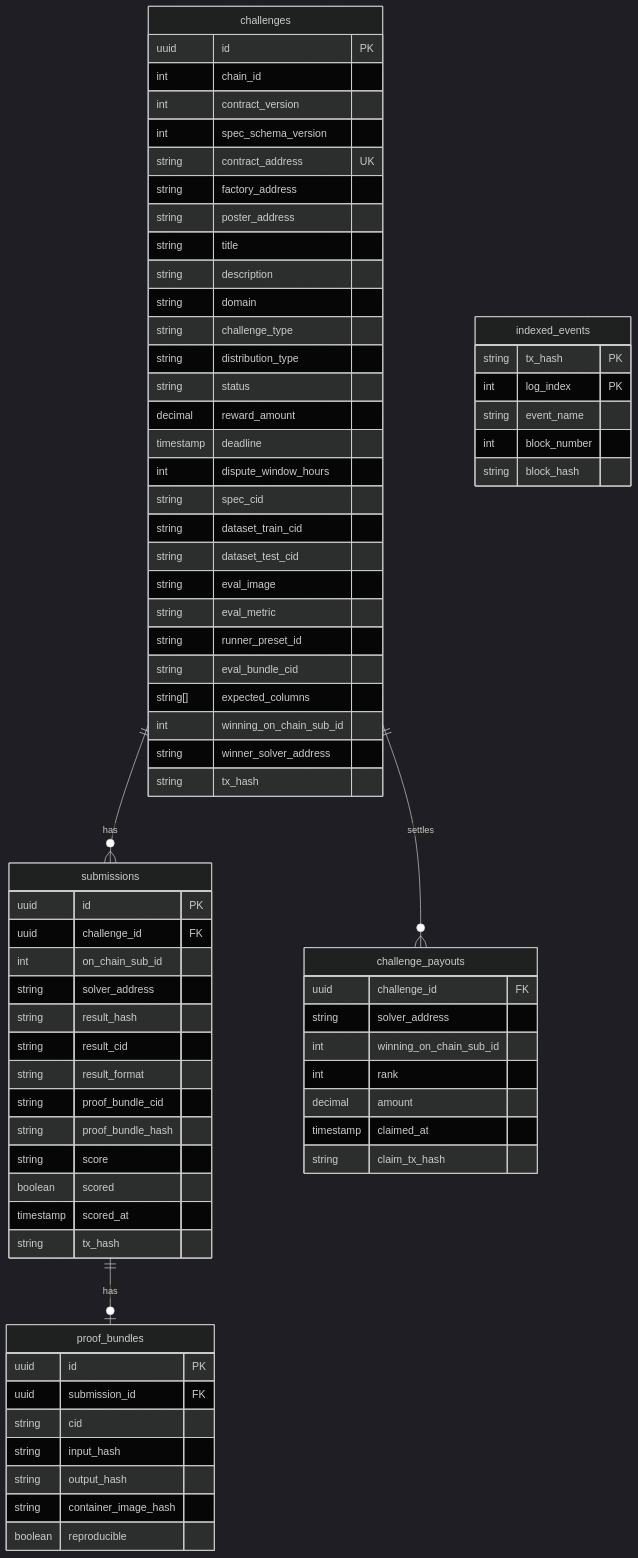
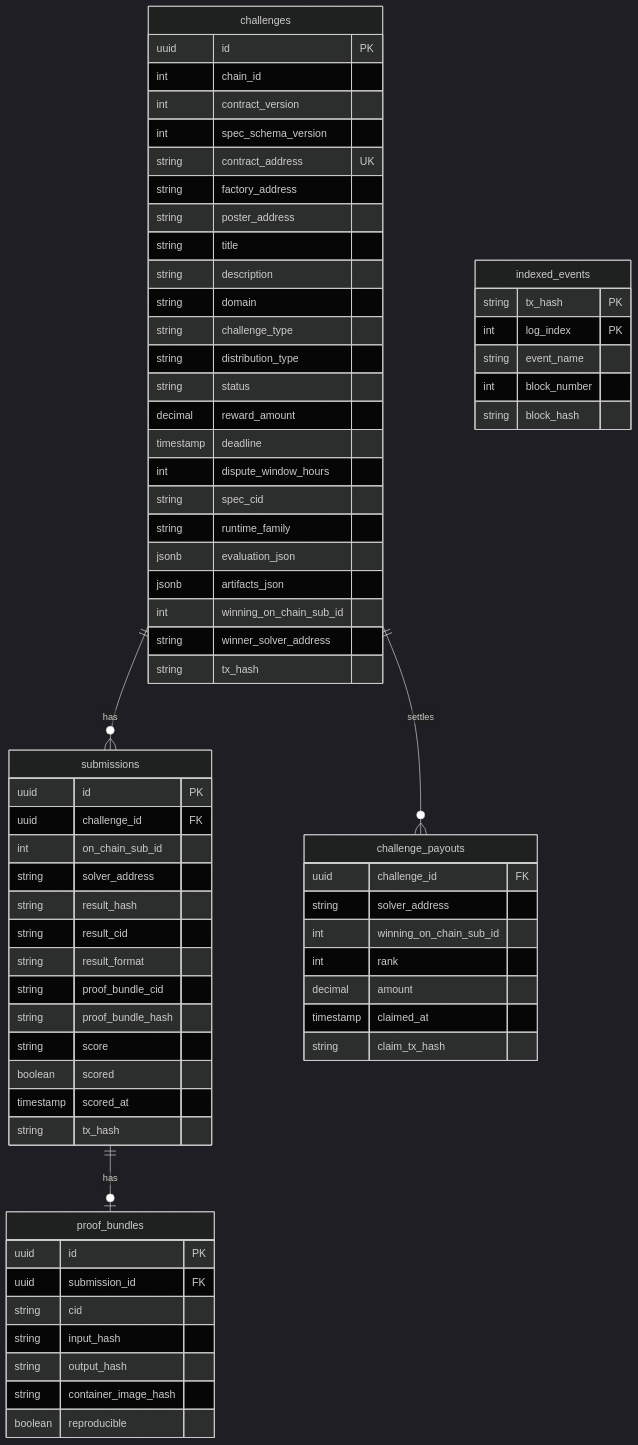
Diagram 11 of 14 in docs/architecture.md (andymolecule/Agora), drawn with Mermaid (dark theme) before and after one commit. The commit also changed other lines of this file and 131 other files, not shown here.

````diff
--- a/docs/architecture.md
+++ b/docs/architecture.md
@@ -527,80 +527,76 @@
 ```mermaid
 erDiagram
     challenges {
         uuid id PK
         int chain_id
         int contract_version
         int spec_schema_version
         string contract_address UK
         string factory_address
         string poster_address
         string title
         string description
         string domain
         string challenge_type
         string distribution_type
         string status
         decimal reward_amount
         timestamp deadline
         int dispute_window_hours
         string spec_cid
-        string dataset_train_cid
-        string dataset_test_cid
-        string eval_image
-        string eval_metric
-        string runner_preset_id
-        string eval_bundle_cid
-        string[] expected_columns
+        string runtime_family
+        jsonb evaluation_json
+        jsonb artifacts_json
         int winning_on_chain_sub_id
         string winner_solver_address
         string tx_hash
     }
 
     submissions {
         uuid id PK
         uuid challenge_id FK
         int on_chain_sub_id
         string solver_address
         string result_hash
         string result_cid
         string result_format
         string proof_bundle_cid
         string proof_bundle_hash
         string score
         boolean scored
         timestamp scored_at
         string tx_hash
     }
 
     proof_bundles {
         uuid id PK
         uuid submission_id FK
         string cid
         string input_hash
         string output_hash
         string container_image_hash
         boolean reproducible
     }
 
     challenge_payouts {
         uuid challenge_id FK
         string solver_address
         int winning_on_chain_sub_id
         int rank
         decimal amount
         timestamp claimed_at
         string claim_tx_hash
     }
 
     indexed_events {
         string tx_hash PK
         int log_index PK
         string event_name
         int block_number
         string block_hash
     }
 
     challenges ||--o{ submissions : has
     submissions ||--o| proof_bundles : has
     challenges ||--o{ challenge_payouts : settles
 ```
````
